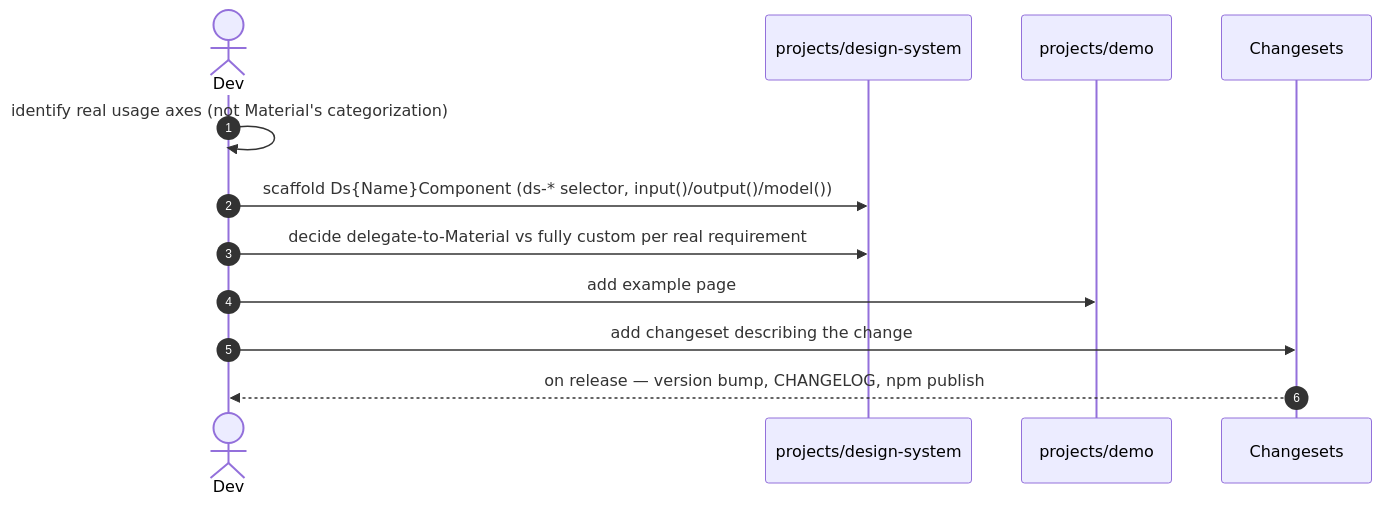
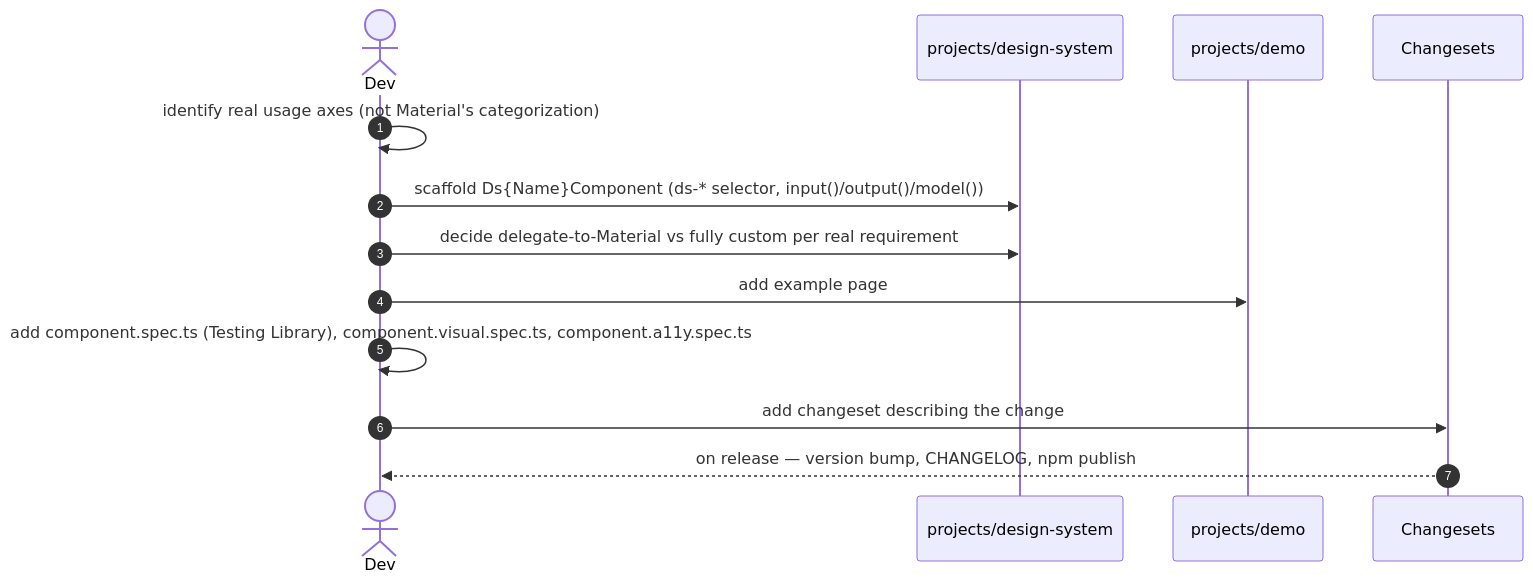
One commit to InsonusK/ai-skills changed the first of 3 diagrams in skills/angular/architecture/plateau/plateau-design-system/plateau-design-system.skill.md. Above: the diagram before and after it, drawn with Mermaid. The commit also changed other lines of this file and 70 other files, not shown here.

````diff
--- a/skills/angular/architecture/plateau/plateau-design-system/plateau-design-system.skill.md
+++ b/skills/angular/architecture/plateau/plateau-design-system/plateau-design-system.skill.md
@@ -41,15 +45,16 @@
 ```mermaid
 sequenceDiagram
     autonumber
     actor Dev
     participant Lib as projects/design-system
     participant Demo as projects/demo
     participant CS as Changesets
 
     Dev->>Dev: identify real usage axes (not Material's categorization)
     Dev->>Lib: scaffold Ds{Name}Component (ds-* selector, input()/output()/model())
     Dev->>Lib: decide delegate-to-Material vs fully custom per real requirement
     Dev->>Demo: add example page
+    Dev->>Dev: add component.spec.ts (Testing Library), component.visual.spec.ts, component.a11y.spec.ts
     Dev->>CS: add changeset describing the change
     CS-->>Dev: on release — version bump, CHANGELOG, npm publish
 ```
````
